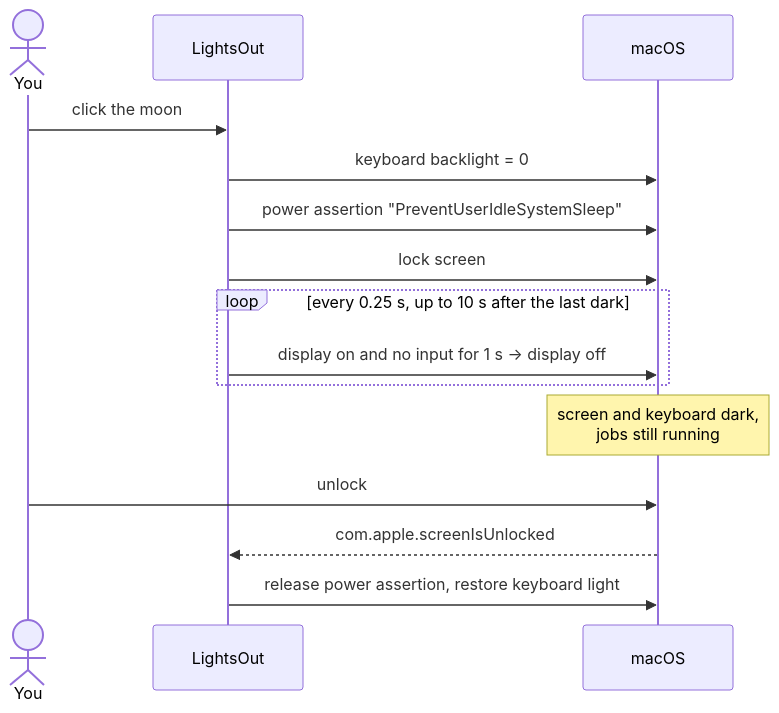
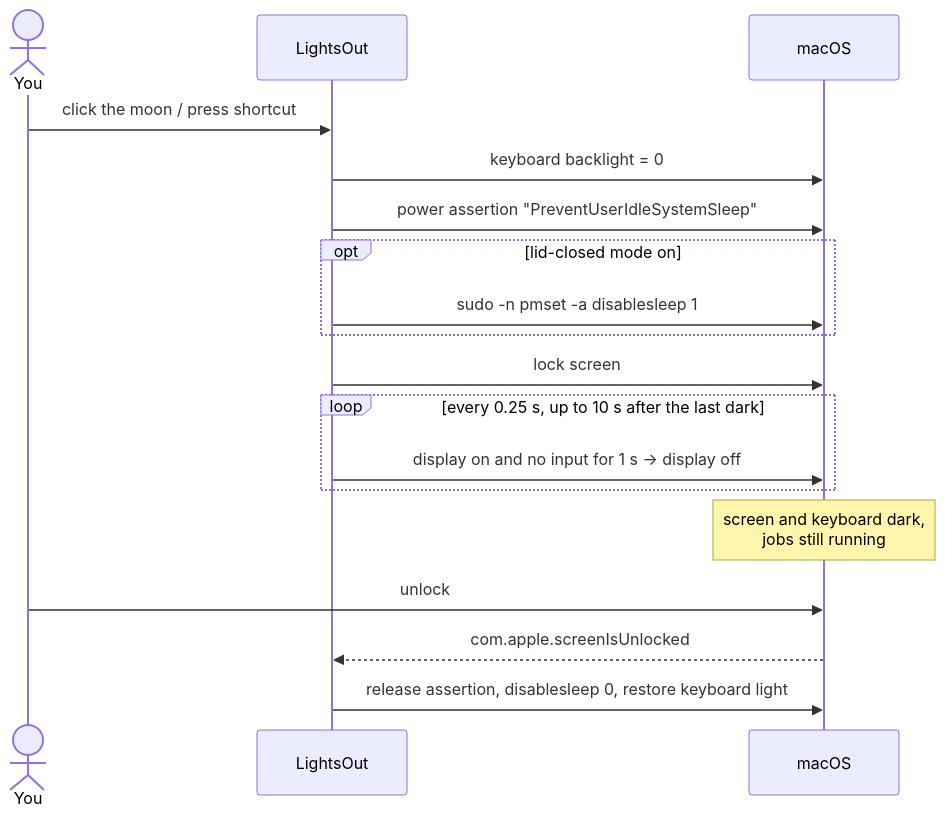
The diagram in README.md (sickpuppy1/lightsout), drawn with Mermaid before and after one commit. The commit also changed other lines of this file and 17 other files, not shown here.

First line of the commit message:
LightsOut 1.1.0: keyboard shortcut, lid-closed mode, battery cutoff, Settings

````diff
--- a/README.md
+++ b/README.md
@@ -75,17 +123,20 @@
 ```mermaid
 sequenceDiagram
     actor You
     participant L as LightsOut
     participant M as macOS
-    You->>L: click the moon
+    You->>L: click the moon / press shortcut
     L->>M: keyboard backlight = 0
     L->>M: power assertion "PreventUserIdleSystemSleep"
+    opt lid-closed mode on
+        L->>M: sudo -n pmset -a disablesleep 1
+    end
     L->>M: lock screen
     loop every 0.25 s, up to 10 s after the last dark
         L->>M: display on and no input for 1 s → display off
     end
     Note over M: screen and keyboard dark,<br/>jobs still running
     You->>M: unlock
     M-->>L: com.apple.screenIsUnlocked
-    L->>M: release power assertion, restore keyboard light
+    L->>M: release assertion, disablesleep 0, restore keyboard light
 ```
````
